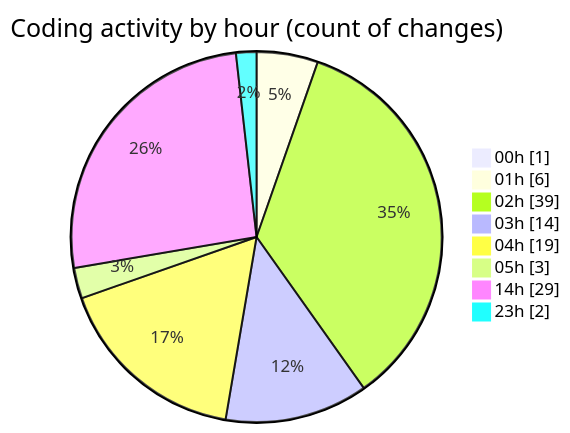
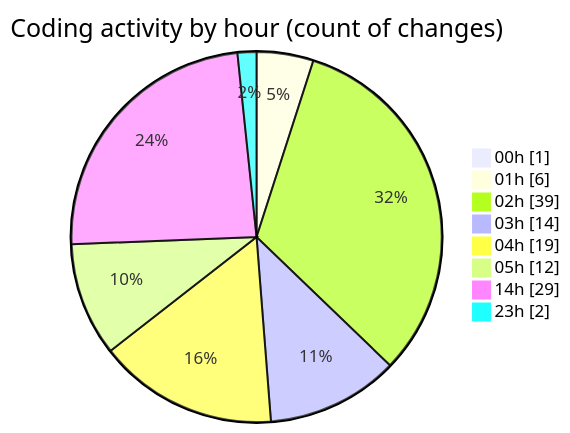
One commit to charlie-sans/code-tracking changed the second of 2 diagrams in 2025-02-19/masm/README.md. Above: the diagram before and after it, drawn with Mermaid. The commit also changed other lines of this file and 1 other file, not shown here.

````diff
--- a/2025-02-19/masm/README.md
+++ b/2025-02-19/masm/README.md
@@ -52,12 +53,12 @@
 ```mermaid
 pie showData
 title Coding activity by hour (count of changes)
 "00h" : 1
 "01h" : 6
 "02h" : 39
 "03h" : 14
 "04h" : 19
-"05h" : 3
+"05h" : 12
 "14h" : 29
 "23h" : 2
 ```
````
